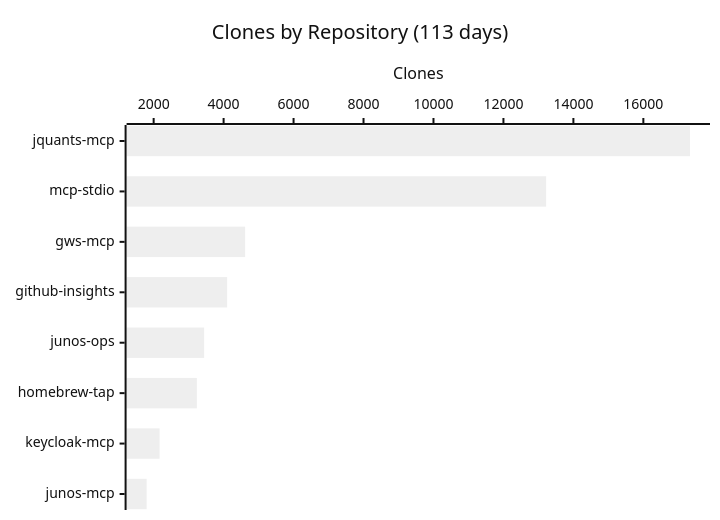
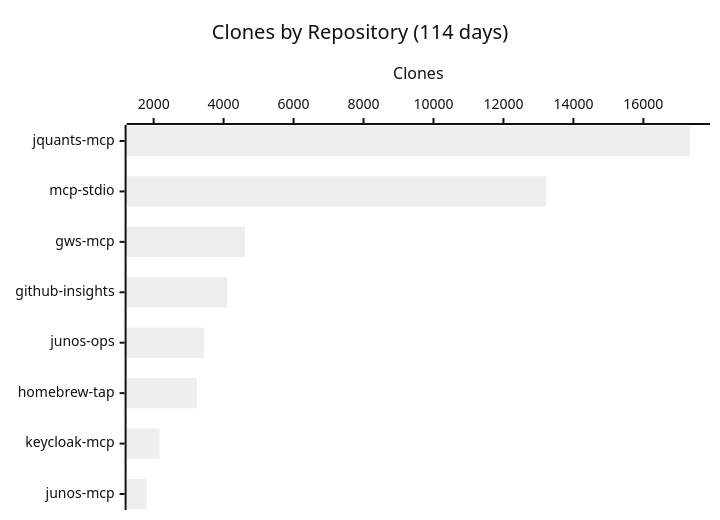
Before and after one commit to shigechika/github-insights: the fourth of 4 diagrams in README.md, drawn with Mermaid (neutral theme). The commit also changed other lines of this file and 2 other files, not shown here.

````diff
--- a/README.md
+++ b/README.md
@@ -58,7 +58,7 @@
 ```mermaid
 xychart-beta horizontal
-    title "Clones by Repository (113 days)"
+    title "Clones by Repository (114 days)"
     x-axis ["jquants-mcp", "mcp-stdio", "gws-mcp", "github-insights", "junos-ops", "homebrew-tap", "keycloak-mcp", "junos-mcp"]
     y-axis "Clones"
     bar [17333, 13221, 4616, 4101, 3443, 3236, 2169, 1799]
 ```
````
